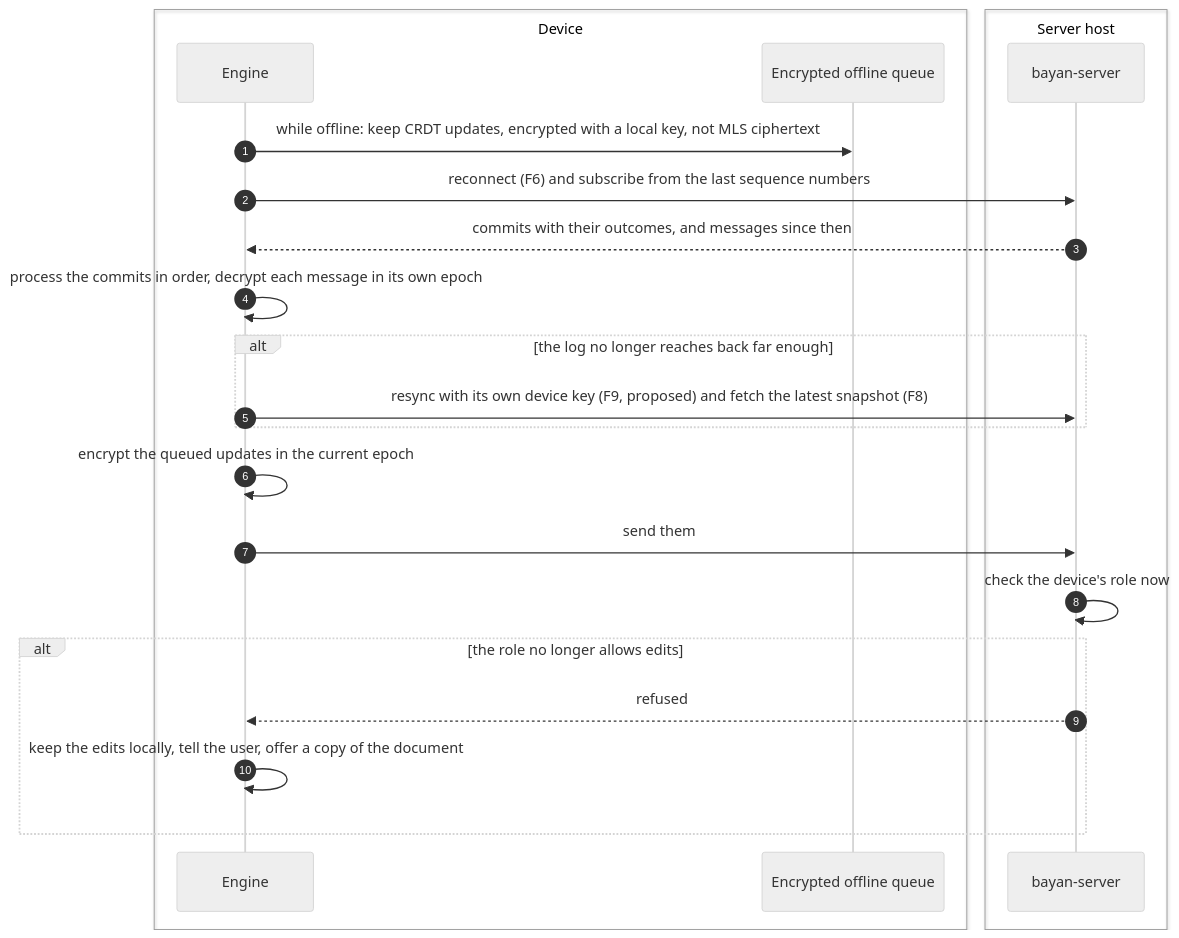
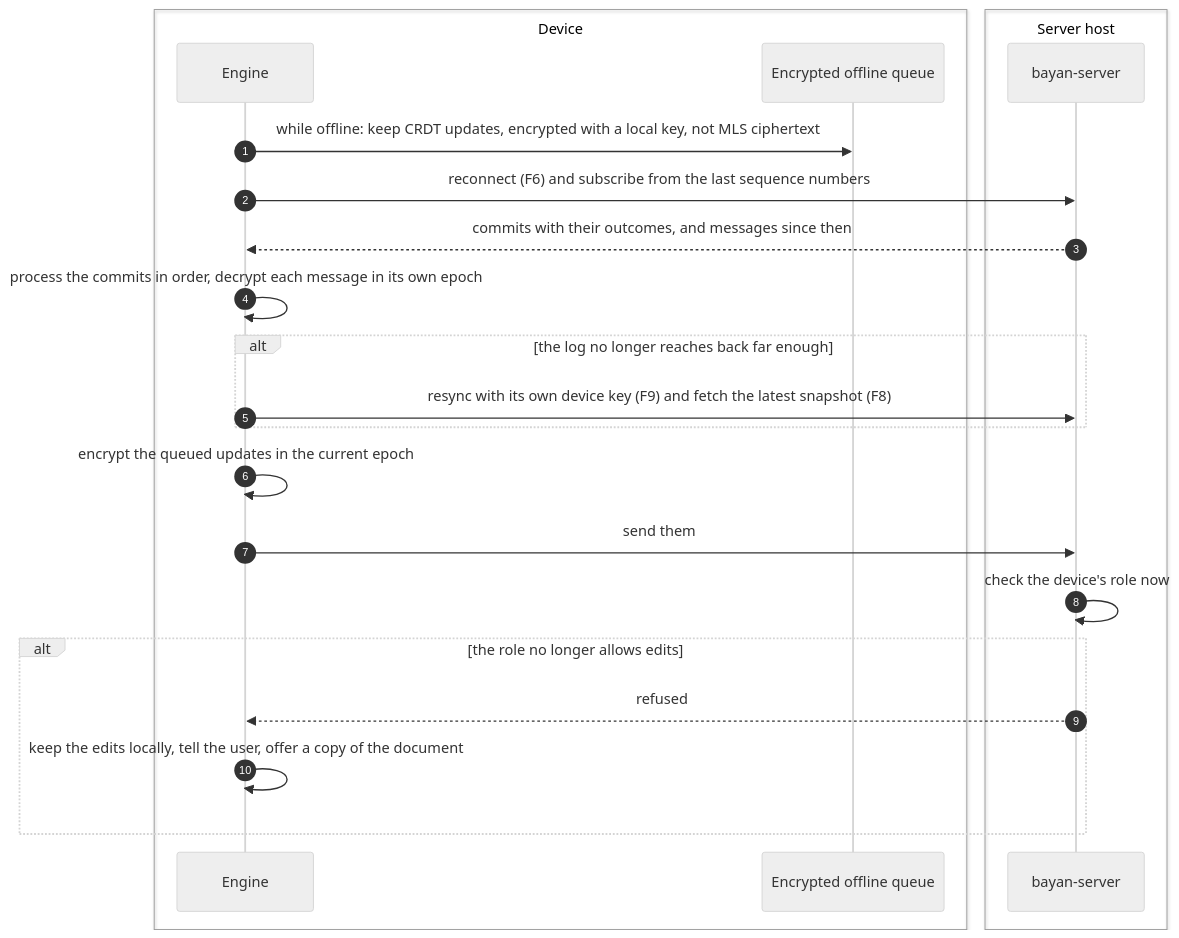
Before and after one commit to BayanDocs/docs: the tenth of 21 diagrams in specs/threat-model.md, drawn with Mermaid (neutral theme). The commit also changed other lines of this file and 5 other files, not shown here.

````diff
--- a/specs/threat-model.md
+++ b/specs/threat-model.md
@@ -686,25 +686,25 @@
 ```mermaid
 sequenceDiagram
   autonumber
   box Device
     participant E as Engine
     participant Q as Encrypted offline queue
   end
   box Server host
     participant S as bayan-server
   end
   E->>Q: while offline: keep CRDT updates, encrypted with a local key, not MLS ciphertext
   E->>S: reconnect (F6) and subscribe from the last sequence numbers
   S-->>E: commits with their outcomes, and messages since then
   E->>E: process the commits in order, decrypt each message in its own epoch
   alt the log no longer reaches back far enough
-    E->>S: resync with its own device key (F9, proposed) and fetch the latest snapshot (F8)
+    E->>S: resync with its own device key (F9) and fetch the latest snapshot (F8)
   end
   E->>E: encrypt the queued updates in the current epoch
   E->>S: send them
   S->>S: check the device's role now
   alt the role no longer allows edits
     S-->>E: refused
     E->>E: keep the edits locally, tell the user, offer a copy of the document
   end
 ```
````
